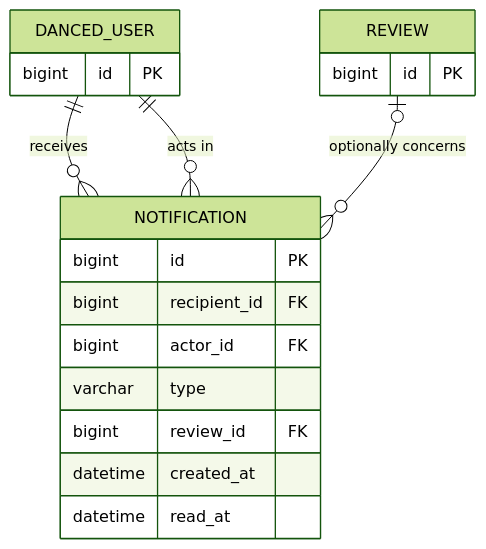
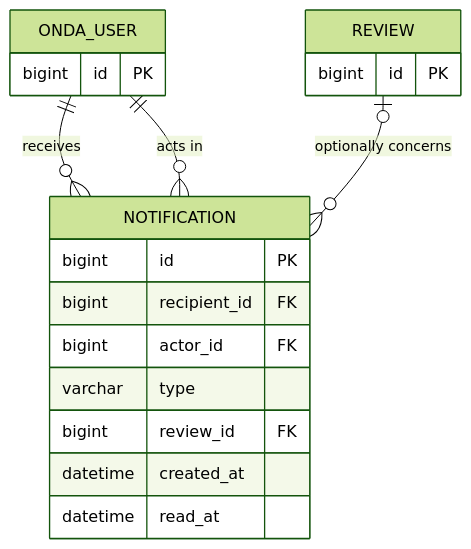
The sixth of 7 diagrams in docs/DATABASE.md (tanbaydar/onda), drawn with Mermaid (forest theme) before and after one commit. The commit also changed other lines of this file and 201 other files, not shown here.

````diff
--- a/docs/DATABASE.md
+++ b/docs/DATABASE.md
@@ -354,24 +354,24 @@
 ```mermaid
 erDiagram
-    DANCED_USER ||--o{ NOTIFICATION : "receives"
-    DANCED_USER ||--o{ NOTIFICATION : "acts in"
+    ONDA_USER ||--o{ NOTIFICATION : "receives"
+    ONDA_USER ||--o{ NOTIFICATION : "acts in"
     REVIEW o|--o{ NOTIFICATION : "optionally concerns"
 
-    DANCED_USER {
+    ONDA_USER {
         bigint id PK
     }
 
     REVIEW {
         bigint id PK
     }
 
     NOTIFICATION {
         bigint id PK
         bigint recipient_id FK
         bigint actor_id FK
         varchar type
         bigint review_id FK
         datetime created_at
         datetime read_at
     }
 ```
````
